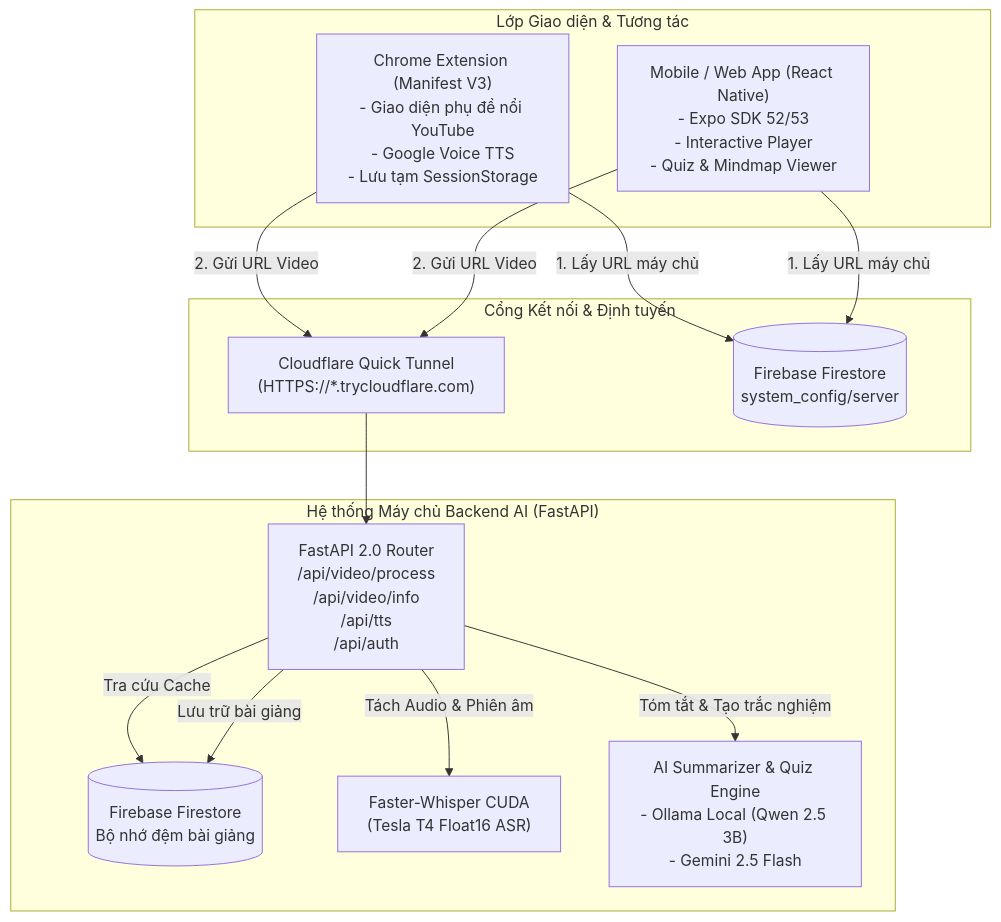
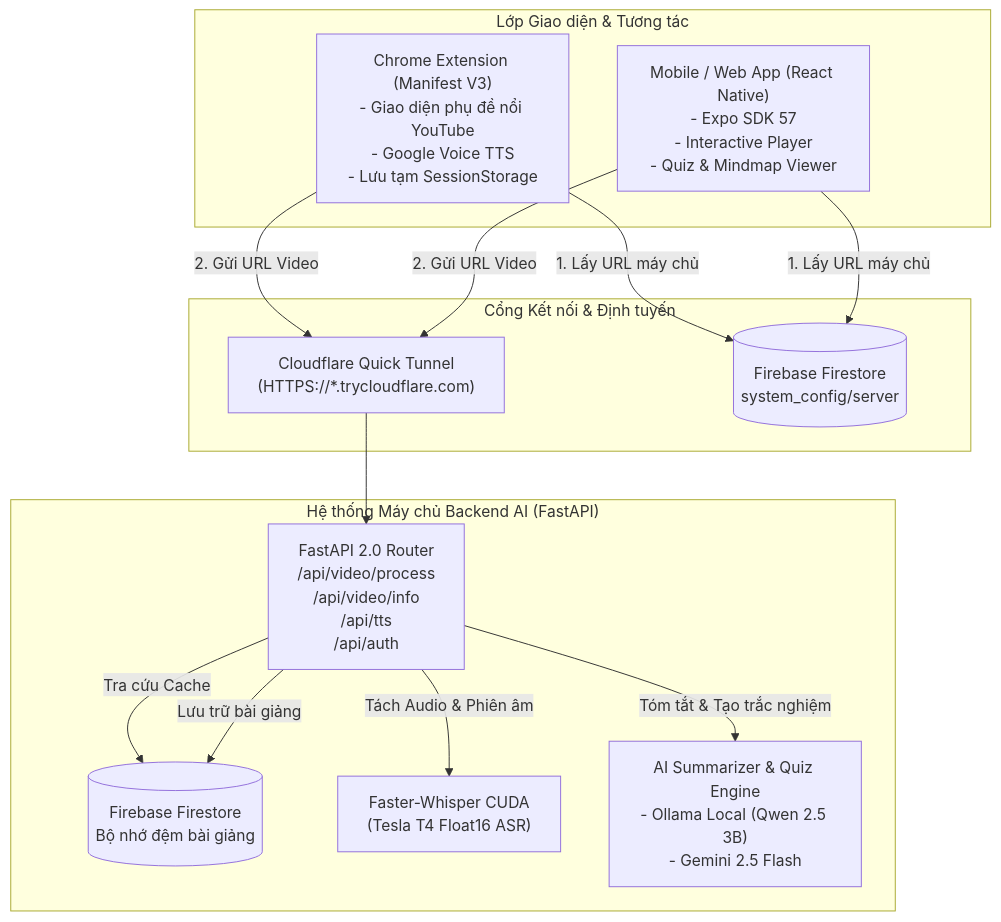
One commit to Minhthang1472/Phat_trien_ung_dung_DT012 changed the diagram in README.md. Above: the diagram before and after it, drawn with Mermaid. The commit also changed other lines of this file and 14 other files, not shown here.

````diff
--- a/README.md
+++ b/README.md
@@ -85,29 +85,29 @@
 ```mermaid
 flowchart TD
     subgraph Client["Lớp Giao diện & Tương tác"]
         Ext["Chrome Extension (Manifest V3)\n- Giao diện phụ đề nổi YouTube\n- Google Voice TTS\n- Lưu tạm SessionStorage"]
-        App["Mobile / Web App (React Native)\n- Expo SDK 52/53\n- Interactive Player\n- Quiz & Mindmap Viewer"]
+        App["Mobile / Web App (React Native)\n- Expo SDK 57\n- Interactive Player\n- Quiz & Mindmap Viewer"]
     end
 
     subgraph Gateway["Cổng Kết nối & Định tuyến"]
         CF["Cloudflare Quick Tunnel\n(HTTPS://*.trycloudflare.com)"]
         FS_Cfg[("Firebase Firestore\nsystem_config/server")]
     end
 
     subgraph Backend["Hệ thống Máy chủ Backend AI (FastAPI)"]
         API["FastAPI 2.0 Router\n/api/video/process\n/api/video/info\n/api/tts\n/api/auth"]
         Cache[("Firebase Firestore\nBộ nhớ đệm bài giảng")]
         Whisper["Faster-Whisper CUDA\n(Tesla T4 Float16 ASR)"]
         LLM["AI Summarizer & Quiz Engine\n- Ollama Local (Qwen 2.5 3B)\n- Gemini 2.5 Flash"]
     end
 
     Ext -->|"1. Lấy URL máy chủ"| FS_Cfg
     App -->|"1. Lấy URL máy chủ"| FS_Cfg
     Ext -->|"2. Gửi URL Video"| CF
     App -->|"2. Gửi URL Video"| CF
     CF --> API
     API -->|"Tra cứu Cache"| Cache
     API -->|"Tách Audio & Phiên âm"| Whisper
     API -->|"Tóm tắt & Tạo trắc nghiệm"| LLM
     API -->|"Lưu trữ bài giảng"| Cache
 ```
````
